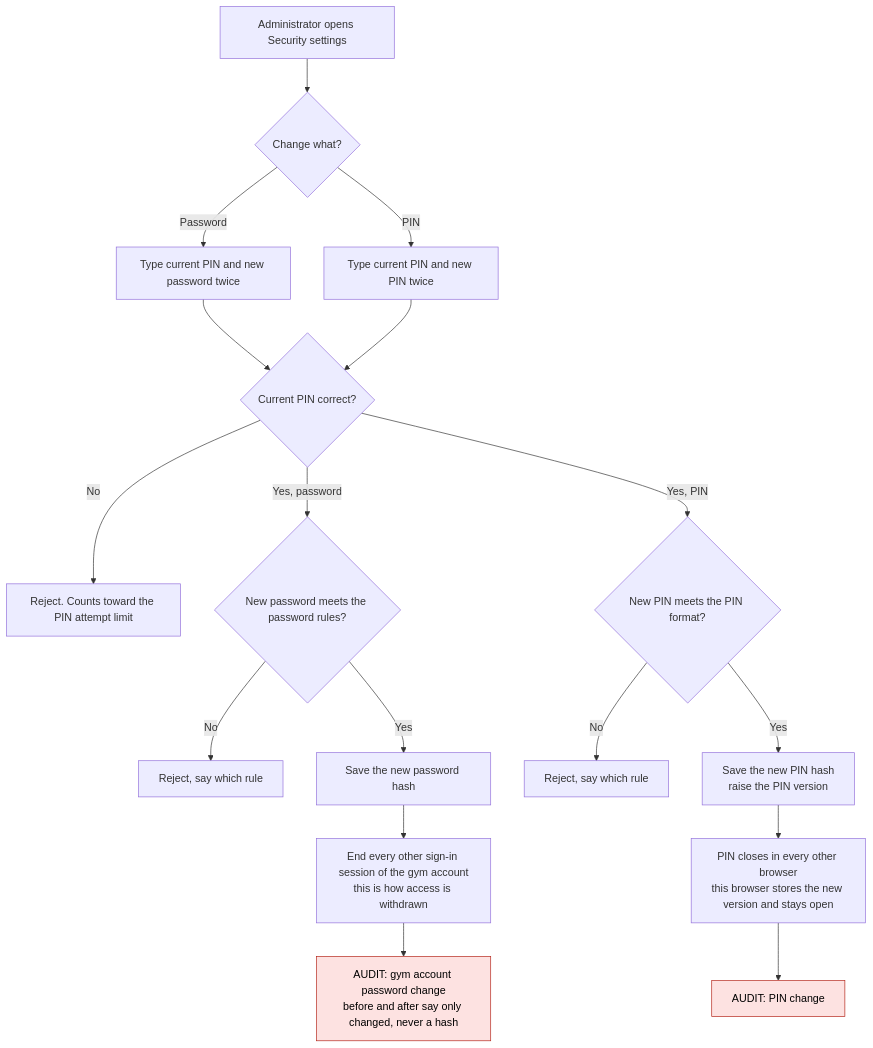
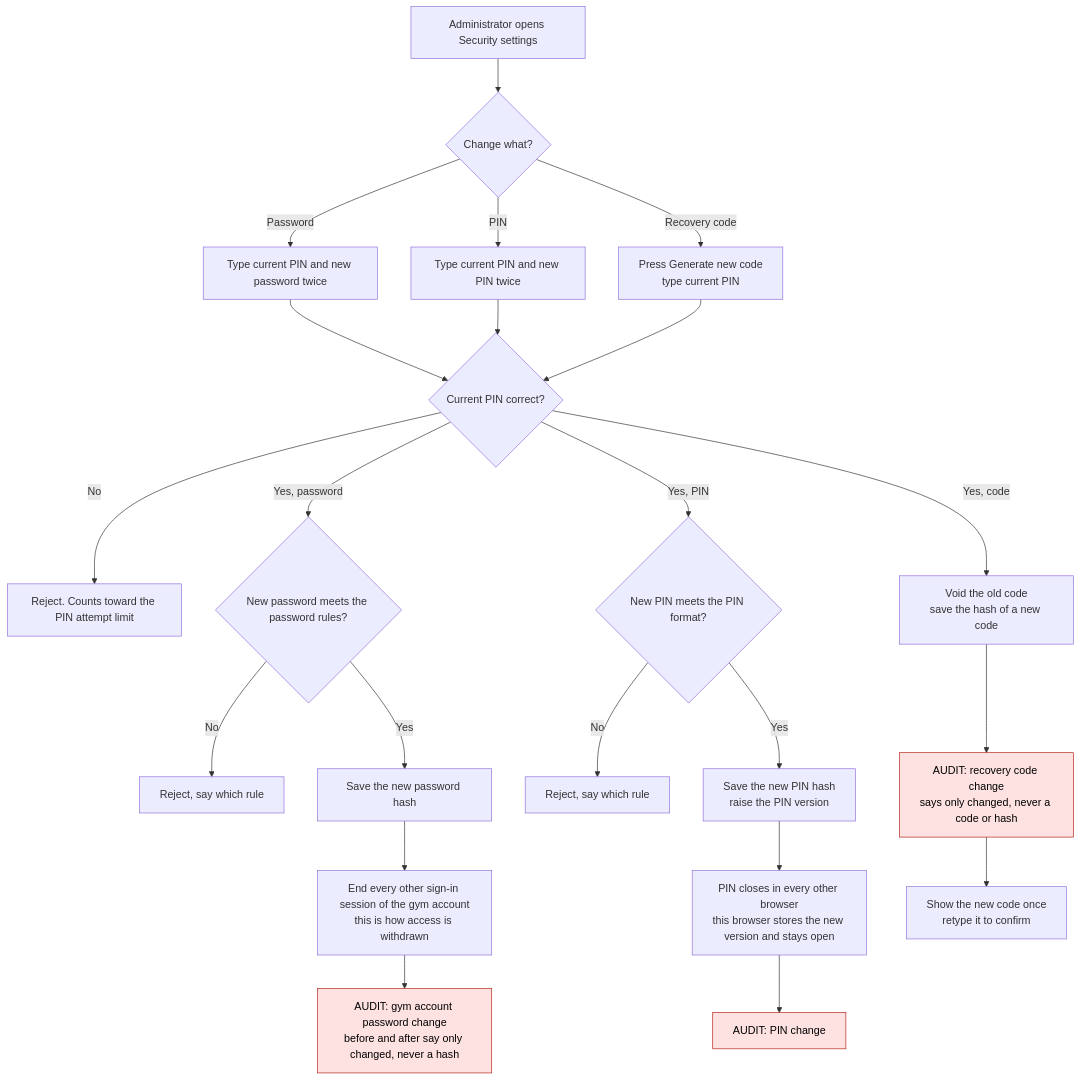
One commit to Th3-Minorities/natatorio-gym-app changed the fourth of 17 diagrams in docs/design/admin-flows.md. Above: the diagram before and after it, drawn with Mermaid. The commit also changed other lines of this file, not shown here.

Commit message:
Apply the design review decisions to the administration flows

````diff
--- a/docs/design/admin-flows.md
+++ b/docs/design/admin-flows.md
@@ -113,22 +118,27 @@
 ```mermaid
 flowchart TD
   C0["Administrator opens Security settings"] --> C1{"Change what?"}
   C1 -->|"Password"| P1["Type current PIN and new password twice"]
   C1 -->|"PIN"| N1["Type current PIN and new PIN twice"]
+  C1 -->|"Recovery code"| W1["Press Generate new code<br/>type current PIN"]
   P1 --> V{"Current PIN correct?"}
   N1 --> V
+  W1 --> V
   V -->|"No"| V1["Reject. Counts toward the PIN attempt limit"]
   V -->|"Yes, password"| P2{"New password meets the password rules?"}
   P2 -->|"No"| P3["Reject, say which rule"]
   P2 -->|"Yes"| P4["Save the new password hash"]
   P4 --> P5["End every other sign-in session of the gym account<br/>this is how access is withdrawn"]
   P5 --> P6["AUDIT: gym account password change<br/>before and after say only changed, never a hash"]
   V -->|"Yes, PIN"| N2{"New PIN meets the PIN format?"}
   N2 -->|"No"| N3["Reject, say which rule"]
   N2 -->|"Yes"| N4["Save the new PIN hash<br/>raise the PIN version"]
   N4 --> N5["PIN closes in every other browser<br/>this browser stores the new version and stays open"]
   N5 --> N6["AUDIT: PIN change"]
+  V -->|"Yes, code"| W2["Void the old code<br/>save the hash of a new code"]
+  W2 --> W3["AUDIT: recovery code change<br/>says only changed, never a code or hash"]
+  W3 --> W4["Show the new code once<br/>retype it to confirm"]
 
   classDef audit fill:#fde2e1,stroke:#b42318,color:#000
-  class P6,N6 audit
+  class P6,N6,W3 audit
 ```
````
